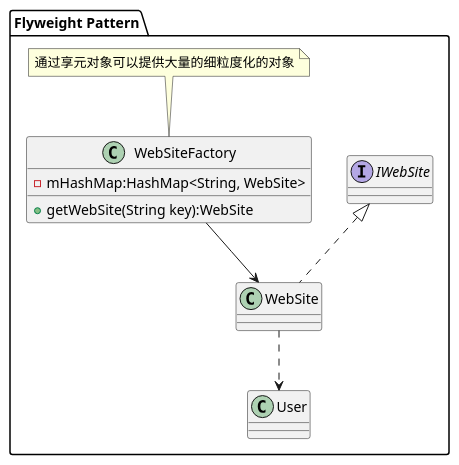
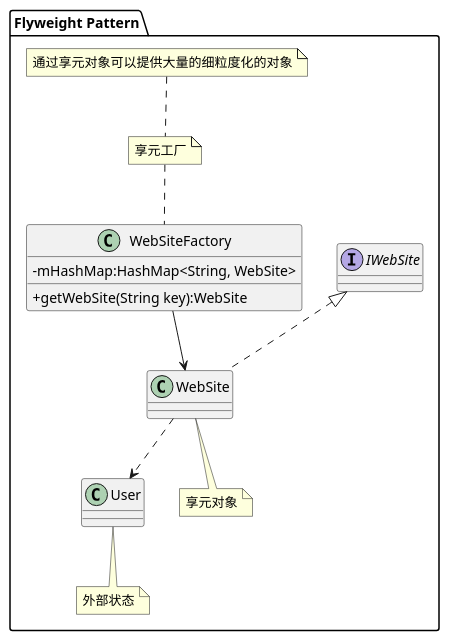
The diagram in lib_design_pattern/src/main/java/com/mxdl/desigin/pattern/structure/a05_flyweight/uml/flyweight.puml (mxdldev/java-design-pattern), drawn with PlantUML before and after one commit. The commit also changed 28 other files, not shown here.

```diff
--- a/lib_design_pattern/src/main/java/com/mxdl/desigin/pattern/structure/a05_flyweight/uml/flyweight.puml
+++ b/lib_design_pattern/src/main/java/com/mxdl/desigin/pattern/structure/a05_flyweight/uml/flyweight.puml
@@ -1,14 +1,19 @@
 @startuml
+skinparam classAttributeIconSize 0
 package "Flyweight Pattern"{
     interface IWebSite
     class User
+    note bottom:外部状态
     class WebSite implements IWebSite
+    class WebSite
+    note bottom:享元对象
     WebSite .->User
     class WebSiteFactory{
         -mHashMap:HashMap<String, WebSite>
         +getWebSite(String key):WebSite
     }
+    note top:享元工厂
     note top:通过享元对象可以提供大量的细粒度化的对象
     WebSiteFactory -->WebSite
 }
 @enduml
```
